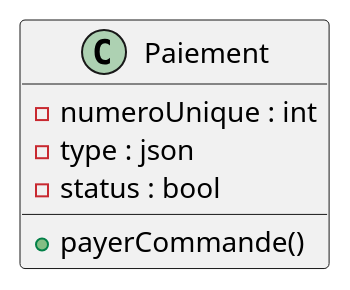
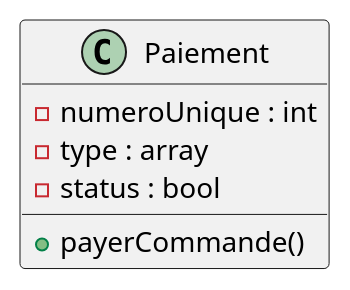
The diagram in Class/Paiement.puml (laurasullyalexandrine/expressfood), drawn with PlantUML before and after one commit. The commit also changed 1 other file, not shown here.

Commit message:
change type properties in EquipeExpF and Paiement class

```diff
--- a/Class/Paiement.puml
+++ b/Class/Paiement.puml
@@ -1,11 +1,11 @@
 @startuml Paiement
 
 Class Paiement {
     - numeroUnique : int
-    - type : json
+    - type : array
     - status : bool
 
     + payerCommande()
 }
 
 @enduml
```
